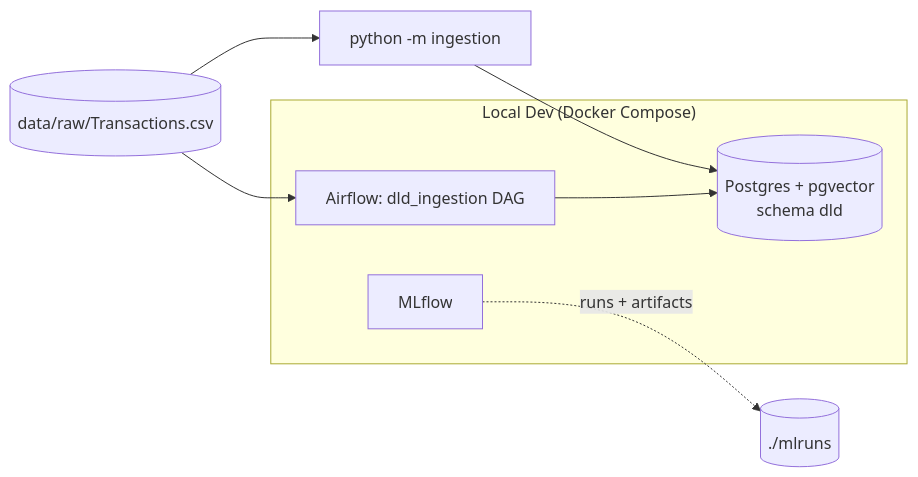
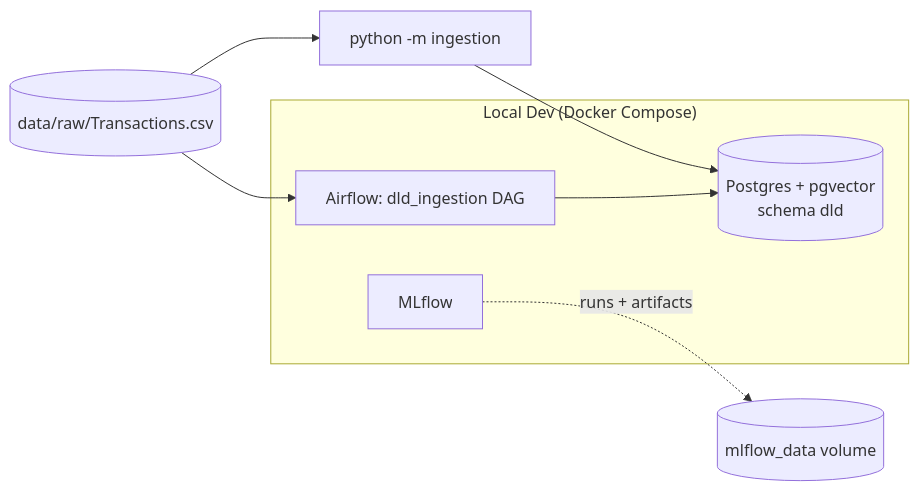
Before and after one commit to chiragn28/Dubimator: the diagram in README.md, drawn with Mermaid. The commit also changed other lines of this file and 1 other file, not shown here.

Commit message:
fix(infra): move MLflow store to a Docker volume off the OneDrive bind mount
./mlruns lived on the OneDrive-synced repo path, and SQLite there
stalled 15-20s intermittently, flaking test_mlflow_proxies_artifacts.
Switch the mlflow service to a named volume (mlflow_data), which lives
in Docker's own storage instead. Migrated the existing (smoke-test)
run data across; the flaky test now passes consistently in well under
a second across repeated runs.

````diff
--- a/README.md
+++ b/README.md
@@ -12,14 +12,14 @@
 ```mermaid
 graph LR
     CSV[("data/raw/Transactions.csv")]
     CLI["python -m ingestion"]
     subgraph "Local Dev (Docker Compose)"
         AF[Airflow: dld_ingestion DAG]
         PG[(Postgres + pgvector<br/>schema dld)]
         ML[MLflow]
     end
-    MLRUNS[("./mlruns")]
+    MLRUNS[("mlflow_data volume")]
     CSV --> CLI --> PG
     CSV --> AF --> PG
     ML -.->|"runs + artifacts"| MLRUNS
 ```
````
